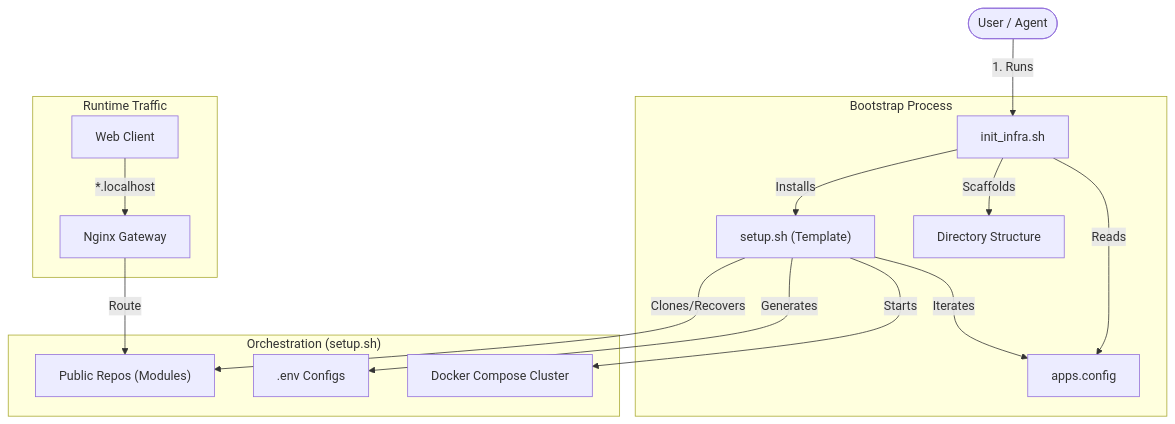
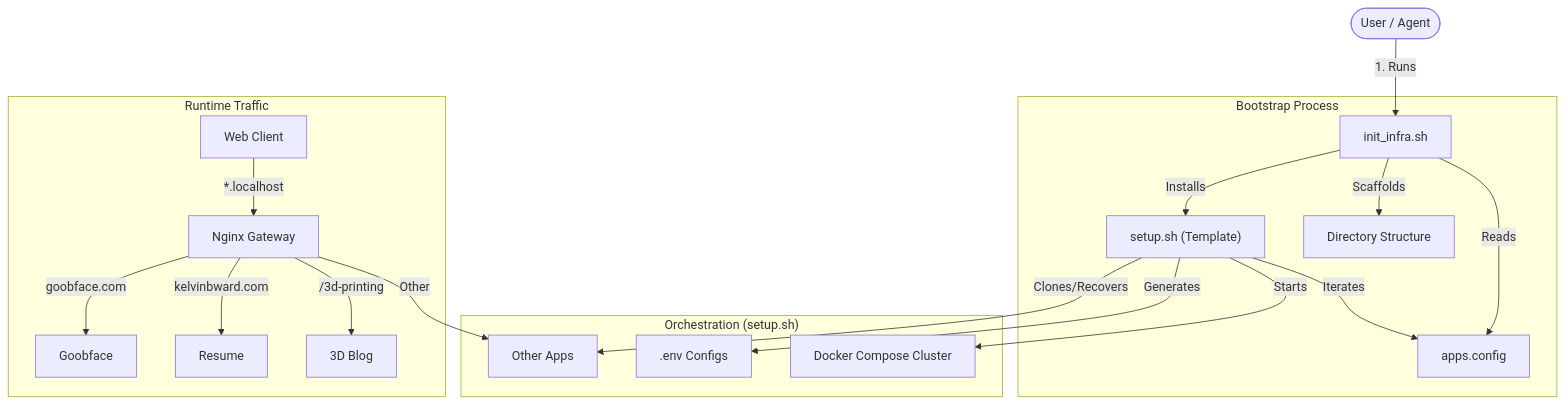
The diagram in README.md (kelvinbward/kelvinbward), drawn with Mermaid before and after one commit. The commit also changed other lines of this file, not shown here.

Commit message:
Feature/integrate 3d printing blog (#41)
* feat: enable 3d printing blog integration

* docs: update mermaid and service table

````diff
--- a/README.md
+++ b/README.md
@@ -19,22 +19,25 @@
 ```mermaid
 graph TD
     User(["User / Agent"]) -->|1. Runs| INIT[init_infra.sh]
     
     subgraph "Bootstrap Process"
         INIT -->|Reads| REG[apps.config]
         INIT -->|Installs| SETUP["setup.sh (Template)"]
         INIT -->|Scaffolds| DIRS[Directory Structure]
     end
     
     subgraph "Orchestration (setup.sh)"
         SETUP -->|Iterates| REG
         SETUP -->|Clones/Recovers| APPS["Public Repos (Modules)"]
         SETUP -->|Generates| ENV[".env Configs"]
         SETUP -->|Starts| DOCKER[Docker Compose Cluster]
     end
     
     subgraph "Runtime Traffic"
         WEB[Web Client] -->|*.localhost| NPM[Nginx Gateway]
-        NPM -->|Route| APPS
+        NPM -->|goobface.com| GOOB[Goobface]
+        NPM -->|kelvinbward.com| RES[Resume]
+        NPM -->|/3d-printing| BLOG[3D Blog]
+        NPM -->|Other| APPS[Other Apps]
     end
 ```
````
